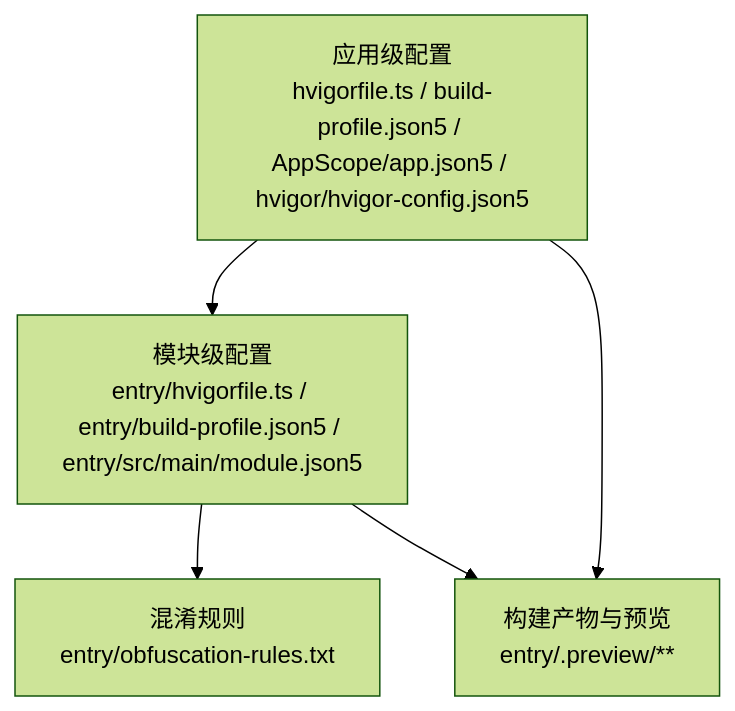
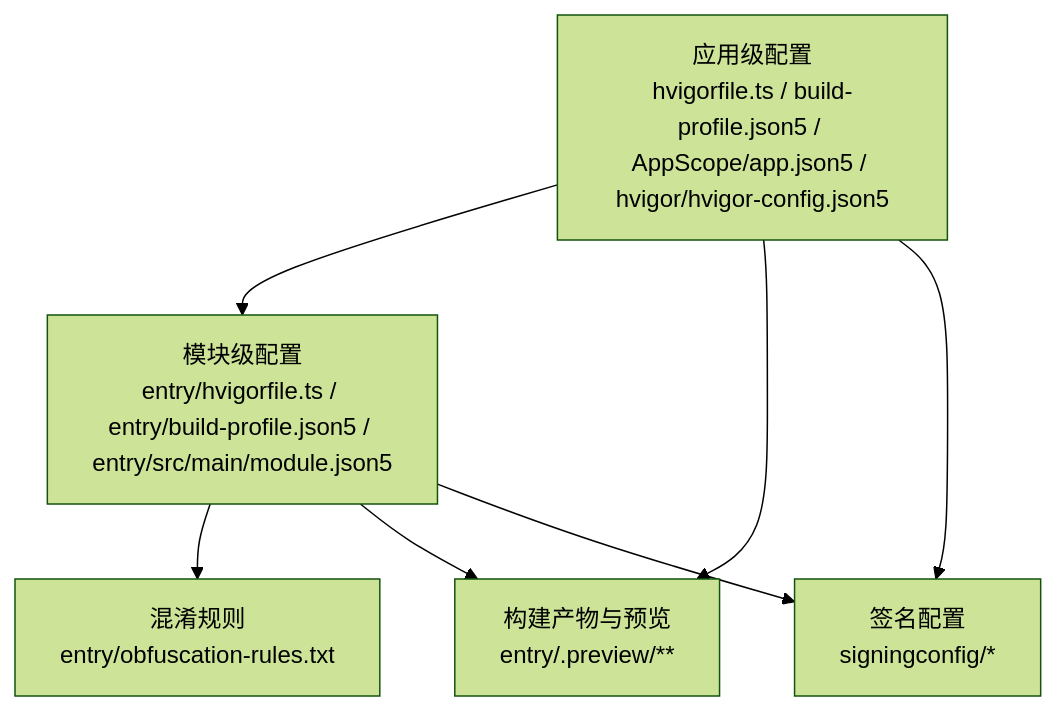
Before and after one commit to huz1xuan/harmony_XDY: the first of 3 diagrams in .qoder/repowiki/zh/content/部署与发布.md, drawn with Mermaid (forest theme). The commit also changed other lines of this file and 15 other files, not shown here.

````diff
--- a/.qoder/repowiki/zh/content/部署与发布.md
+++ b/.qoder/repowiki/zh/content/部署与发布.md
@@ -41,11 +51,14 @@
 ```mermaid
 graph TB
 A["应用级配置<br/>hvigorfile.ts / build-profile.json5 / AppScope/app.json5 / hvigor/hvigor-config.json5"]
 B["模块级配置<br/>entry/hvigorfile.ts / entry/build-profile.json5 / entry/src/main/module.json5"]
 C["混淆规则<br/>entry/obfuscation-rules.txt"]
 D["构建产物与预览<br/>entry/.preview/**"]
+E["签名配置<br/>signingconfig/*"]
 A --> B
 B --> C
 B --> D
 A --> D
+A --> E
+B --> E
 ```
````
